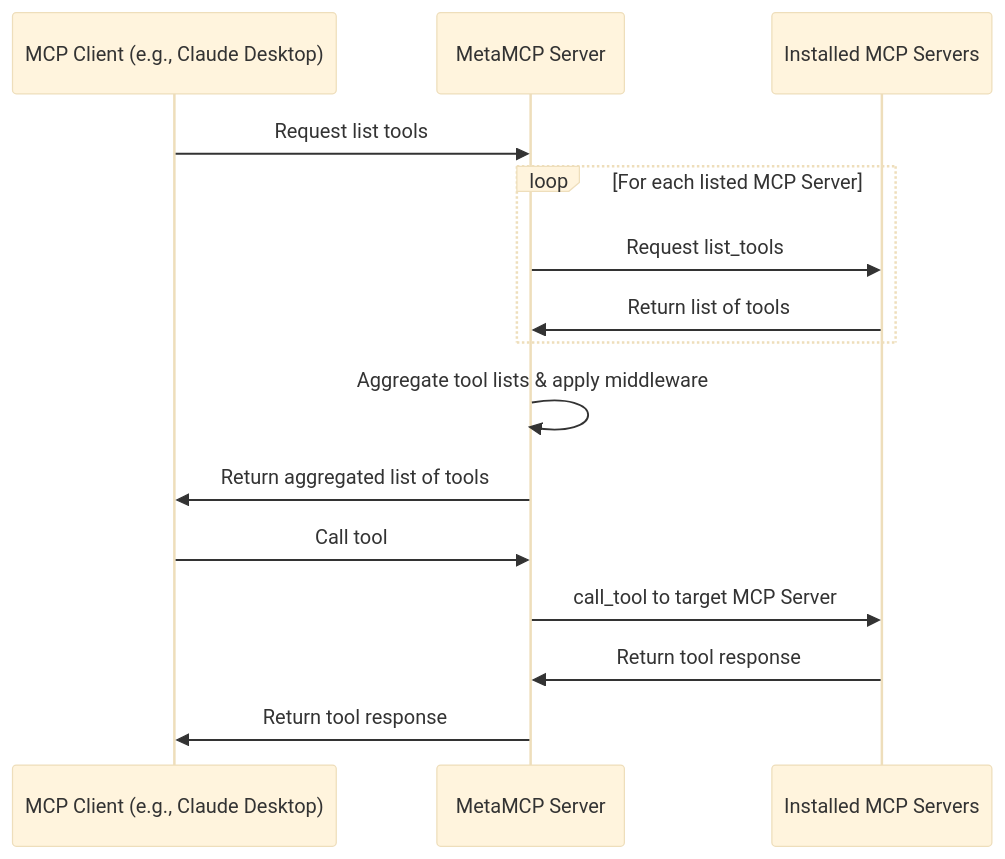
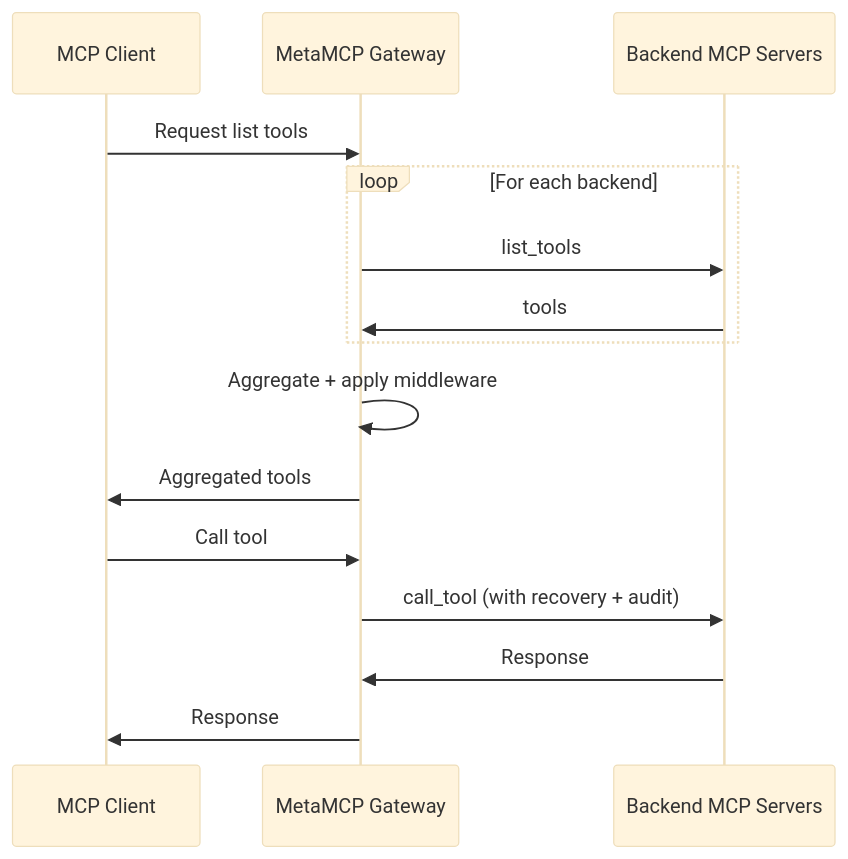
One commit to Umbrella-IT-Group/metamcp changed the diagram in README.md. Above: the diagram before and after it, drawn with Mermaid (base theme). The commit also changed other lines of this file and 2 other files, not shown here.

````diff
--- a/README.md
+++ b/README.md
@@ -446,21 +270,18 @@
 ```mermaid
 sequenceDiagram
-    participant MCPClient as MCP Client (e.g., Claude Desktop)
-    participant MetaMCP as MetaMCP Server
-    participant MCPServers as Installed MCP Servers
+    participant MCPClient as MCP Client
+    participant MetaMCP as MetaMCP Gateway
+    participant MCPServers as Backend MCP Servers
 
     MCPClient ->> MetaMCP: Request list tools
-
-    loop For each listed MCP Server
-        MetaMCP ->> MCPServers: Request list_tools
-        MCPServers ->> MetaMCP: Return list of tools
+    loop For each backend
+        MetaMCP ->> MCPServers: list_tools
+        MCPServers ->> MetaMCP: tools
     end
-
-    MetaMCP ->> MetaMCP: Aggregate tool lists & apply middleware
-    MetaMCP ->> MCPClient: Return aggregated list of tools
-
+    MetaMCP ->> MetaMCP: Aggregate + apply middleware
+    MetaMCP ->> MCPClient: Aggregated tools
     MCPClient ->> MetaMCP: Call tool
-    MetaMCP ->> MCPServers: call_tool to target MCP Server
-    MCPServers ->> MetaMCP: Return tool response
-    MetaMCP ->> MCPClient: Return tool response
+    MetaMCP ->> MCPServers: call_tool (with recovery + audit)
+    MCPServers ->> MetaMCP: Response
+    MetaMCP ->> MCPClient: Response
 ```
````
